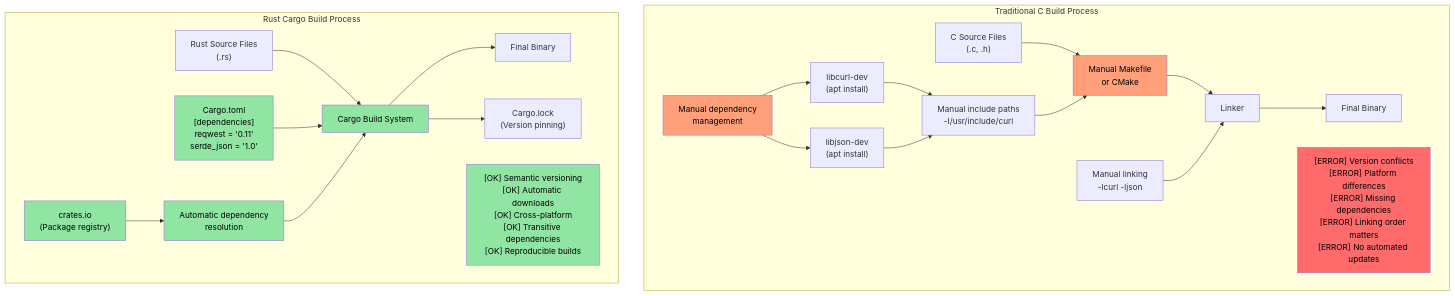
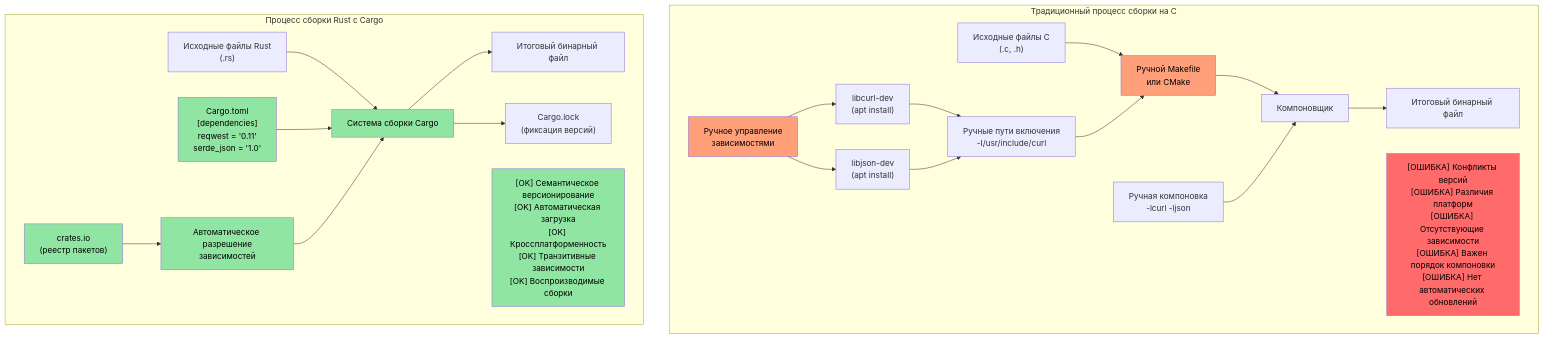
One commit to r007/RustTraining-Rus changed the first of 2 diagrams in c-cpp-book/src/ch02-getting-started.md. Above: the diagram before and after it, drawn with Mermaid. The commit also changed other lines of this file and 21 other files, not shown here.

````diff
--- a/c-cpp-book/src/ch02-getting-started.md
+++ b/c-cpp-book/src/ch02-getting-started.md
@@ -43,58 +43,58 @@
 ```mermaid
 graph TD
-    subgraph "Traditional C Build Process"
-        CC["C Source Files<br/>(.c, .h)"]
-        CM["Manual Makefile<br/>or CMake"]
-        CL["Linker"]
-        CB["Final Binary"]
+    subgraph "Традиционный процесс сборки на C"
+        CC["Исходные файлы C<br/>(.c, .h)"]
+        CM["Ручной Makefile<br/>или CMake"]
+        CL["Компоновщик"]
+        CB["Итоговый бинарный файл"]
         
         CC --> CM
         CM --> CL
         CL --> CB
         
-        CDep["Manual dependency<br/>management"]
+        CDep["Ручное управление<br/>зависимостями"]
         CLib1["libcurl-dev<br/>(apt install)"]
         CLib2["libjson-dev<br/>(apt install)"]
-        CInc["Manual include paths<br/>-I/usr/include/curl"]
-        CLink["Manual linking<br/>-lcurl -ljson"]
+        CInc["Ручные пути включения<br/>-I/usr/include/curl"]
+        CLink["Ручная компоновка<br/>-lcurl -ljson"]
         
         CDep --> CLib1
         CDep --> CLib2
         CLib1 --> CInc
         CLib2 --> CInc
         CInc --> CM
         CLink --> CL
         
-        C_ISSUES["[ERROR] Version conflicts<br/>[ERROR] Platform differences<br/>[ERROR] Missing dependencies<br/>[ERROR] Linking order matters<br/>[ERROR] No automated updates"]
+        C_ISSUES["[ОШИБКА] Конфликты версий<br/>[ОШИБКА] Различия платформ<br/>[ОШИБКА] Отсутствующие зависимости<br/>[ОШИБКА] Важен порядок компоновки<br/>[ОШИБКА] Нет автоматических обновлений"]
     end
     
-    subgraph "Rust Cargo Build Process"
-        RS["Rust Source Files<br/>(.rs)"]
+    subgraph "Процесс сборки Rust с Cargo"
+        RS["Исходные файлы Rust<br/>(.rs)"]
         CT["Cargo.toml<br/>[dependencies]<br/>reqwest = '0.11'<br/>serde_json = '1.0'"]
-        CRG["Cargo Build System"]
-        RB["Final Binary"]
+        CRG["Система сборки Cargo"]
+        RB["Итоговый бинарный файл"]
         
         RS --> CRG
         CT --> CRG
         CRG --> RB
         
-        CRATES["crates.io<br/>(Package registry)"]
-        DEPS["Automatic dependency<br/>resolution"]
-        LOCK["Cargo.lock<br/>(Version pinning)"]
+        CRATES["crates.io<br/>(реестр пакетов)"]
+        DEPS["Автоматическое разрешение<br/>зависимостей"]
+        LOCK["Cargo.lock<br/>(фиксация версий)"]
         
         CRATES --> DEPS
         DEPS --> CRG
         CRG --> LOCK
         
-        R_BENEFITS["[OK] Semantic versioning<br/>[OK] Automatic downloads<br/>[OK] Cross-platform<br/>[OK] Transitive dependencies<br/>[OK] Reproducible builds"]
+        R_BENEFITS["[OK] Семантическое версионирование<br/>[OK] Автоматическая загрузка<br/>[OK] Кроссплатформенность<br/>[OK] Транзитивные зависимости<br/>[OK] Воспроизводимые сборки"]
     end
     
     style C_ISSUES fill:#ff6b6b,color:#000
     style R_BENEFITS fill:#91e5a3,color:#000
     style CM fill:#ffa07a,color:#000
     style CDep fill:#ffa07a,color:#000
     style CT fill:#91e5a3,color:#000
     style CRG fill:#91e5a3,color:#000
     style DEPS fill:#91e5a3,color:#000
     style CRATES fill:#91e5a3,color:#000
 ```
````
